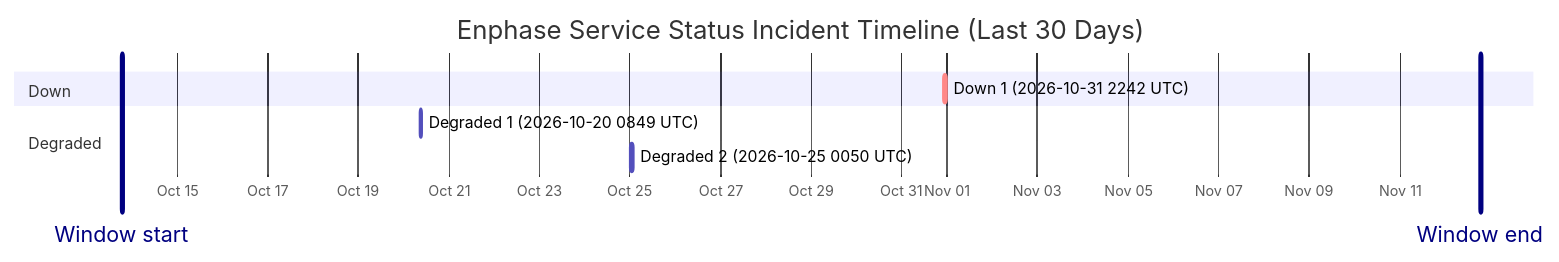
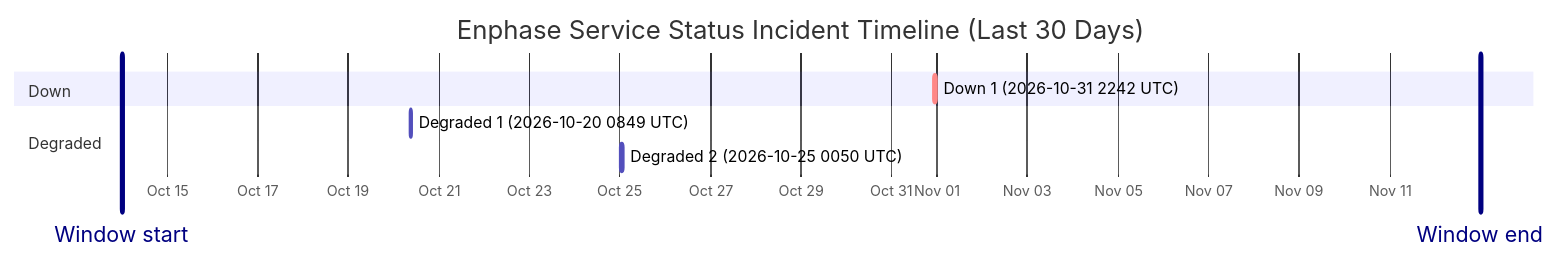
Before and after one commit to barneyonline/ha-enphase-energy: the diagram in wiki/Service-Status-History.md, drawn with Mermaid. The commit also changed other lines of this file and 3 other files, not shown here.

````diff
--- a/wiki/Service-Status-History.md
+++ b/wiki/Service-Status-History.md
@@ -14,13 +14,13 @@
 ```mermaid
 gantt
     title Enphase Service Status Incident Timeline (Last 30 Days)
     dateFormat  YYYY-MM-DDTHH:mm:ss
     axisFormat  %b %d
-    Window start :vert, window-start, 2026-10-13T18:40:57, 0ms
-    Window end :vert, window-end, 2026-11-12T18:40:57, 0ms
+    Window start :vert, window-start, 2026-10-13T23:57:39, 0ms
+    Window end :vert, window-end, 2026-11-12T23:57:39, 0ms
     section Down
     Down 1 (2026-10-31 2242 UTC) :crit, down-1, 2026-10-31T22:42:18, 60m
     section Degraded
     Degraded 1 (2026-10-20 0849 UTC) :active, degraded-1, 2026-10-20T08:49:49, 60m
     Degraded 2 (2026-10-25 0050 UTC) :active, degraded-2, 2026-10-25T00:50:01, 60m
 ```
````
